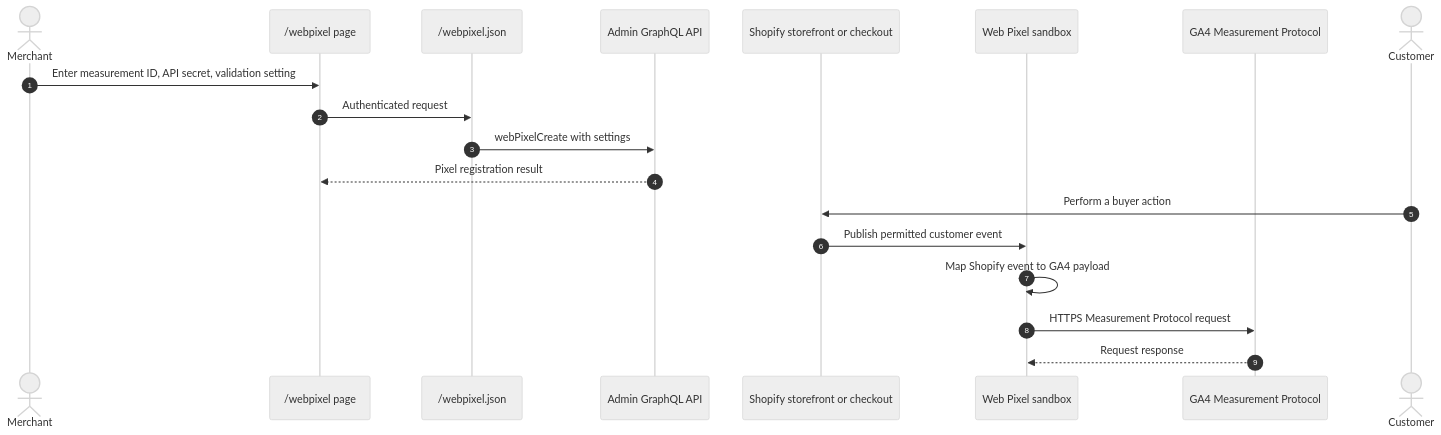
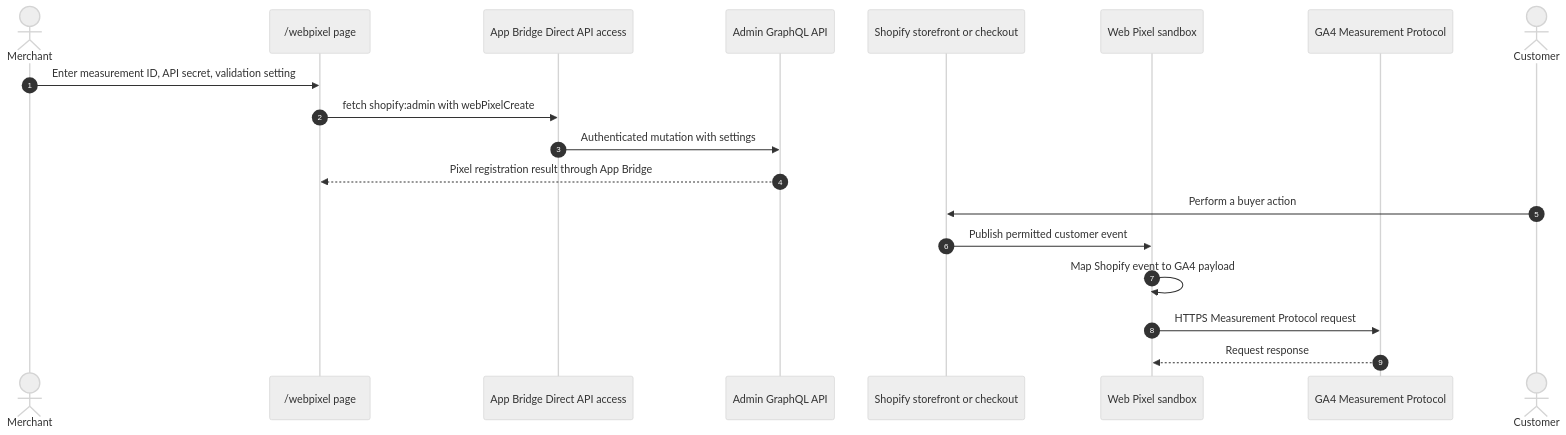
One commit to benzookapi/shopify-barebone-app-sample changed the diagram in docs/webpixel.md. Above: the diagram before and after it, drawn with Mermaid (neutral theme). The commit also changed other lines of this file and 29 other files, not shown here.

First line of the commit message:
Codex/adminlink direct api access (#2)

````diff
--- a/docs/webpixel.md
+++ b/docs/webpixel.md
@@ -16,22 +16,22 @@
 ```mermaid
 sequenceDiagram
     autonumber
     actor Merchant
     participant UI as /webpixel page
-    participant App as /webpixel.json
+    participant Bridge as App Bridge Direct API access
     participant AdminAPI as Admin GraphQL API
     participant Storefront as Shopify storefront or checkout
     participant Pixel as Web Pixel sandbox
     participant GA4 as GA4 Measurement Protocol
 
     Merchant->>UI: Enter measurement ID, API secret, validation setting
-    UI->>App: Authenticated request
-    App->>AdminAPI: webPixelCreate with settings
-    AdminAPI-->>UI: Pixel registration result
+    UI->>Bridge: fetch shopify:admin with webPixelCreate
+    Bridge->>AdminAPI: Authenticated mutation with settings
+    AdminAPI-->>UI: Pixel registration result through App Bridge
     actor Customer
     Customer->>Storefront: Perform a buyer action
     Storefront->>Pixel: Publish permitted customer event
     Pixel->>Pixel: Map Shopify event to GA4 payload
     Pixel->>GA4: HTTPS Measurement Protocol request
     GA4-->>Pixel: Request response
 ```
````
